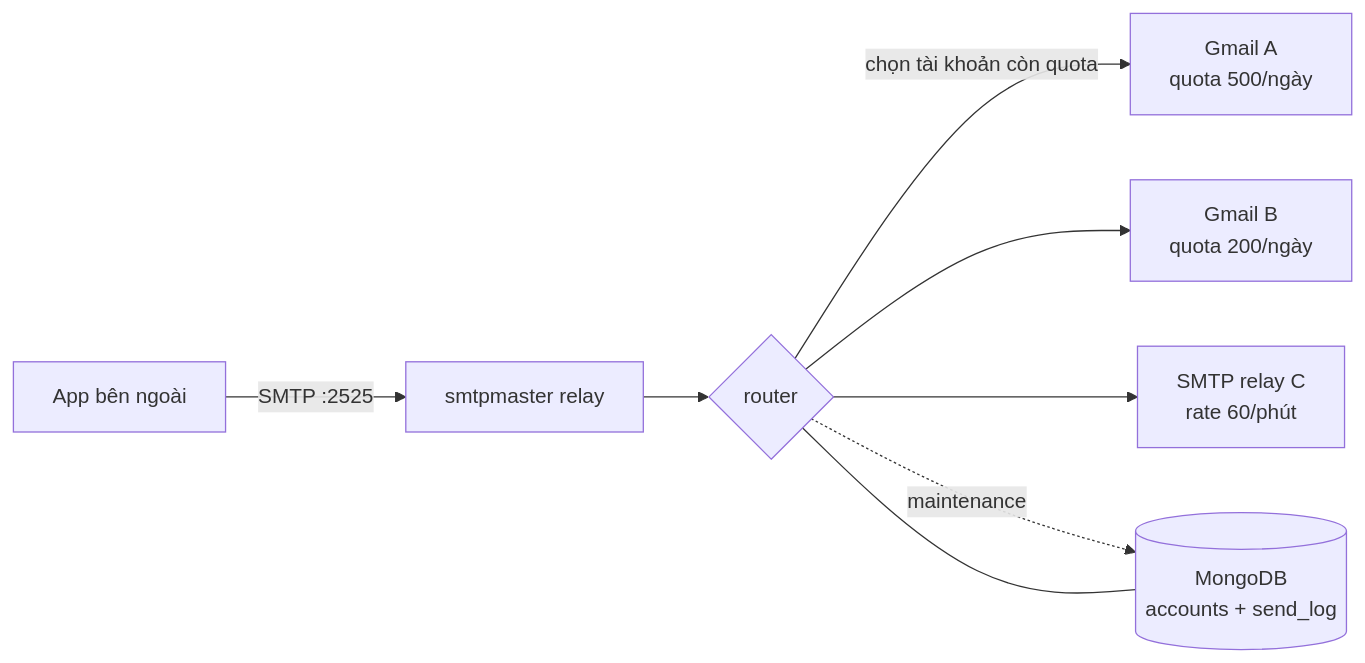
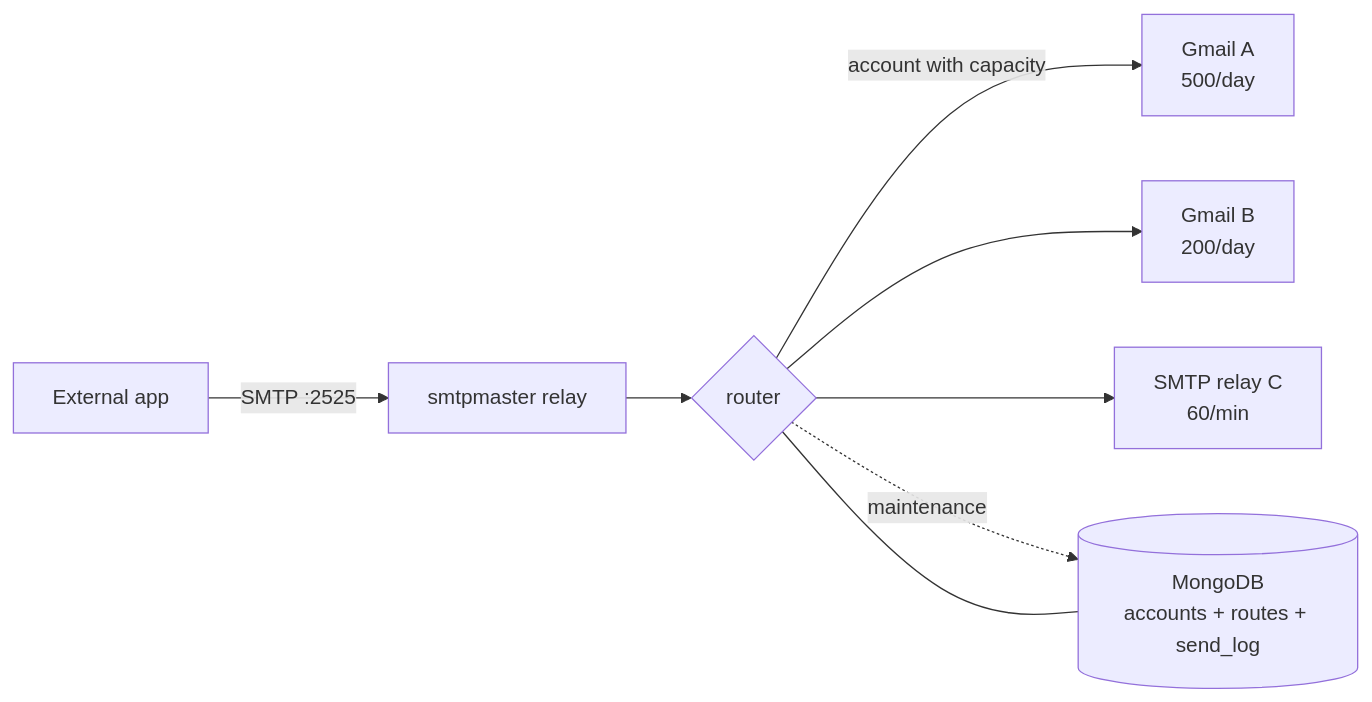
Before and after one commit to manhavn/smtpmaster: the diagram in README.md, drawn with Mermaid. The commit also changed other lines of this file and 18 other files, not shown here.

````diff
--- a/README.md
+++ b/README.md
@@ -8,10 +10,10 @@
 ```mermaid
 flowchart LR
-    App[App bên ngoài] -->|SMTP :2525| Relay[smtpmaster relay]
+    App[External app] -->|SMTP :2525| Relay[smtpmaster relay]
     Relay --> Router{router}
-    Mongo[(MongoDB<br/>accounts + send_log)] --- Router
-    Router -->|chọn tài khoản còn quota| A1[Gmail A<br/>quota 500/ngày]
-    Router --> A2[Gmail B<br/>quota 200/ngày]
-    Router --> A3[SMTP relay C<br/>rate 60/phút]
+    Mongo[(MongoDB<br/>accounts + routes + send_log)] --- Router
+    Router -->|account with capacity| A1[Gmail A<br/>500/day]
+    Router --> A2[Gmail B<br/>200/day]
+    Router --> A3[SMTP relay C<br/>60/min]
     Router -.->|maintenance| Mongo
 ```
````
